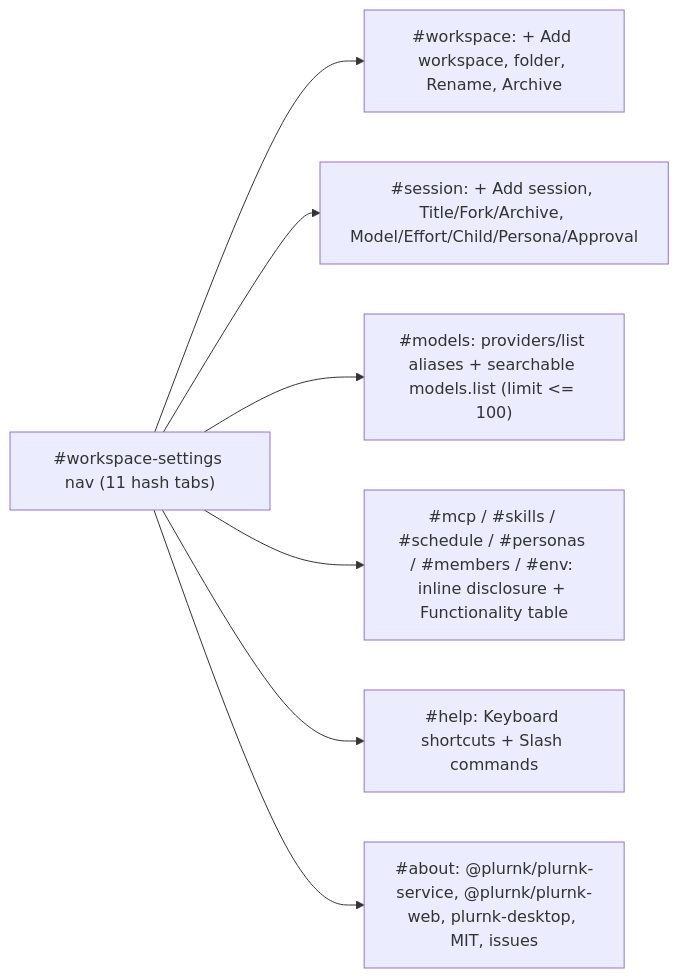
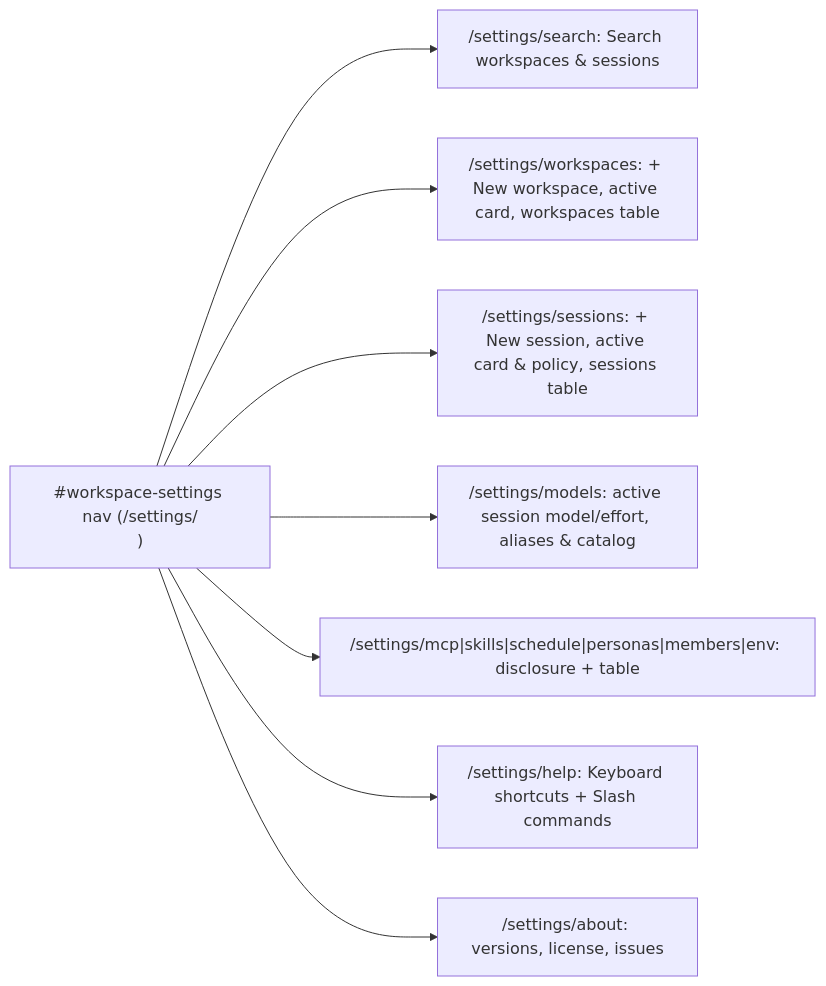
Before and after one commit to plurnk/plurnk-web: the first of 2 diagrams in SPEC.md, drawn with Mermaid. The commit also changed other lines of this file and 63 other files, not shown here.

Commit message:
feat(web): unify top bar and settings hub onto /settings/<section> (#172)

````diff
--- a/SPEC.md
+++ b/SPEC.md
@@ -298,9 +298,10 @@
 ```mermaid
 flowchart LR
-    Nav["#workspace-settings nav (11 hash tabs)"] --> WS["#workspace: + Add workspace, folder, Rename, Archive"]
-    Nav --> Sess["#session: + Add session, Title/Fork/Archive, Model/Effort/Child/Persona/Approval"]
-    Nav --> Models["#models: providers/list aliases + searchable models.list (limit <= 100)"]
-    Nav --> Fam["#mcp / #skills / #schedule / #personas / #members / #env: inline disclosure + Functionality table"]
-    Nav --> Help["#help: Keyboard shortcuts + Slash commands"]
-    Nav --> About["#about: @plurnk/plurnk-service, @plurnk/plurnk-web, plurnk-desktop, MIT, issues"]
+    Nav["#workspace-settings nav (/settings/<section>)"] --> Search["/settings/search: Search workspaces & sessions"]
+    Nav --> WS["/settings/workspaces: + New workspace, active card, workspaces table"]
+    Nav --> Sess["/settings/sessions: + New session, active card & policy, sessions table"]
+    Nav --> Models["/settings/models: active session model/effort, aliases & catalog"]
+    Nav --> Fam["/settings/mcp|skills|schedule|personas|members|env: disclosure + table"]
+    Nav --> Help["/settings/help: Keyboard shortcuts + Slash commands"]
+    Nav --> About["/settings/about: versions, license, issues"]
 ```
````
